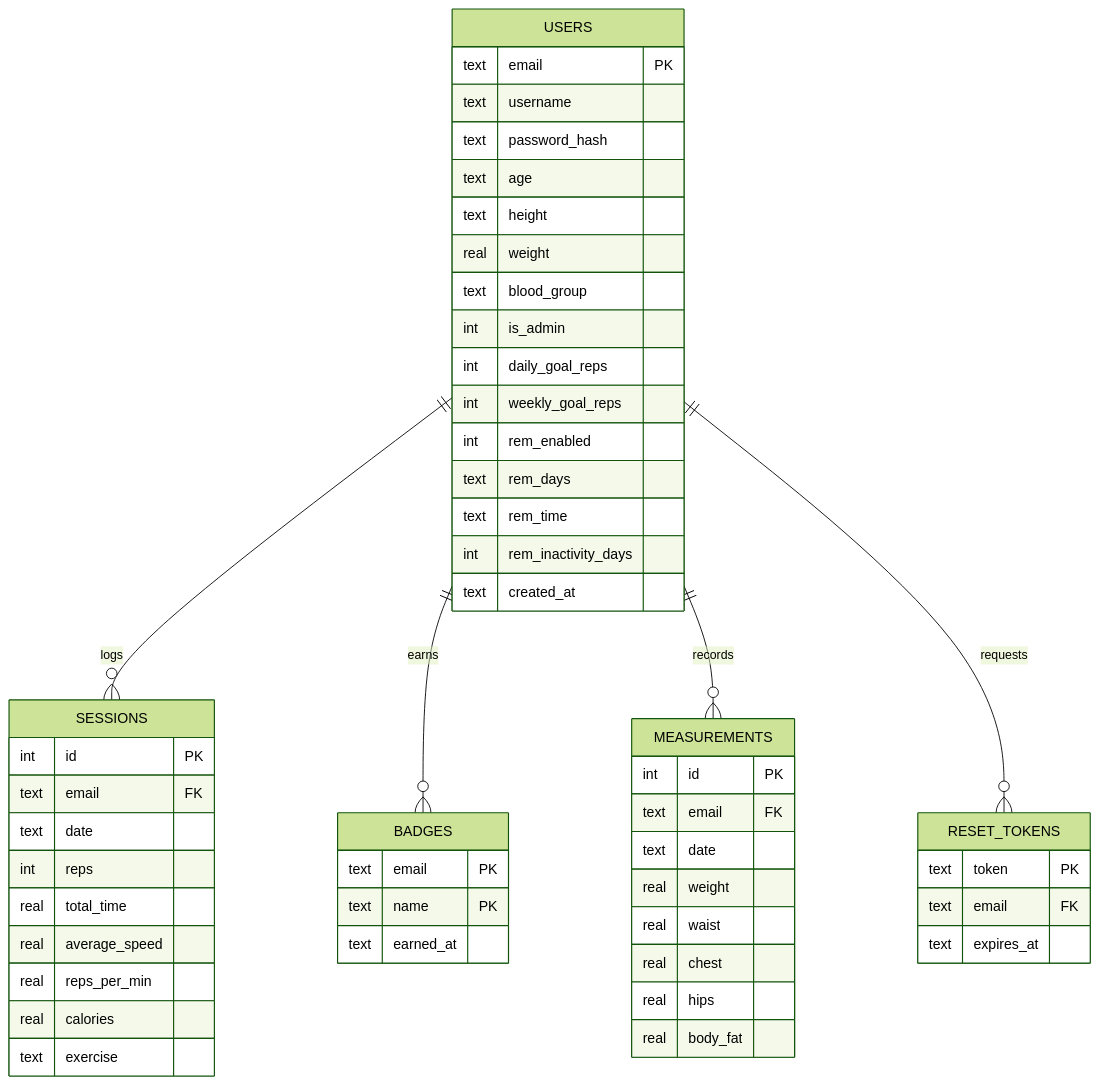
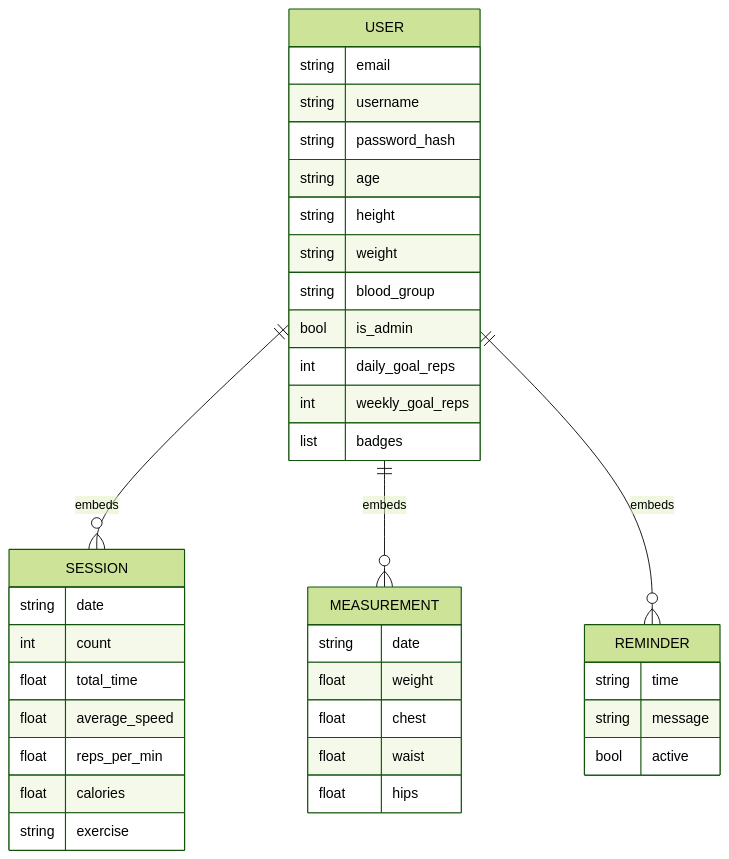
Before and after one commit to Alexjmathew/AIBOOMI: the sixth of 7 diagrams in README.md, drawn with Mermaid (forest theme). The commit also changed other lines of this file, not shown here.

````diff
--- a/README.md
+++ b/README.md
@@ -241,56 +316,41 @@
 ```mermaid
 erDiagram
-    USERS ||--o{ SESSIONS : logs
-    USERS ||--o{ BADGES : earns
-    USERS ||--o{ MEASUREMENTS : records
-    USERS ||--o{ RESET_TOKENS : requests
+    USER ||--o{ SESSION : embeds
+    USER ||--o{ MEASUREMENT : embeds
+    USER ||--o{ REMINDER : embeds
 
-    USERS {
-        text email PK
-        text username
-        text password_hash
-        text age
-        text height
-        real weight
-        text blood_group
-        int is_admin
+    USER {
+        string email
+        string username
+        string password_hash
+        string age
+        string height
+        string weight
+        string blood_group
+        bool is_admin
         int daily_goal_reps
         int weekly_goal_reps
-        int rem_enabled
-        text rem_days
-        text rem_time
-        int rem_inactivity_days
-        text created_at
+        list badges
     }
-    SESSIONS {
-        int id PK
-        text email FK
-        text date
-        int reps
-        real total_time
-        real average_speed
-        real reps_per_min
-        real calories
-        text exercise
+    SESSION {
+        string date
+        int count
+        float total_time
+        float average_speed
+        float reps_per_min
+        float calories
+        string exercise
     }
-    BADGES {
-        text email PK
-        text name PK
-        text earned_at
+    MEASUREMENT {
+        string date
+        float weight
+        float chest
+        float waist
+        float hips
     }
-    MEASUREMENTS {
-        int id PK
-        text email FK
-        text date
-        real weight
-        real waist
-        real chest
-        real hips
-        real body_fat
-    }
-    RESET_TOKENS {
-        text token PK
-        text email FK
-        text expires_at
+    REMINDER {
+        string time
+        string message
+        bool active
     }
 ```
````
